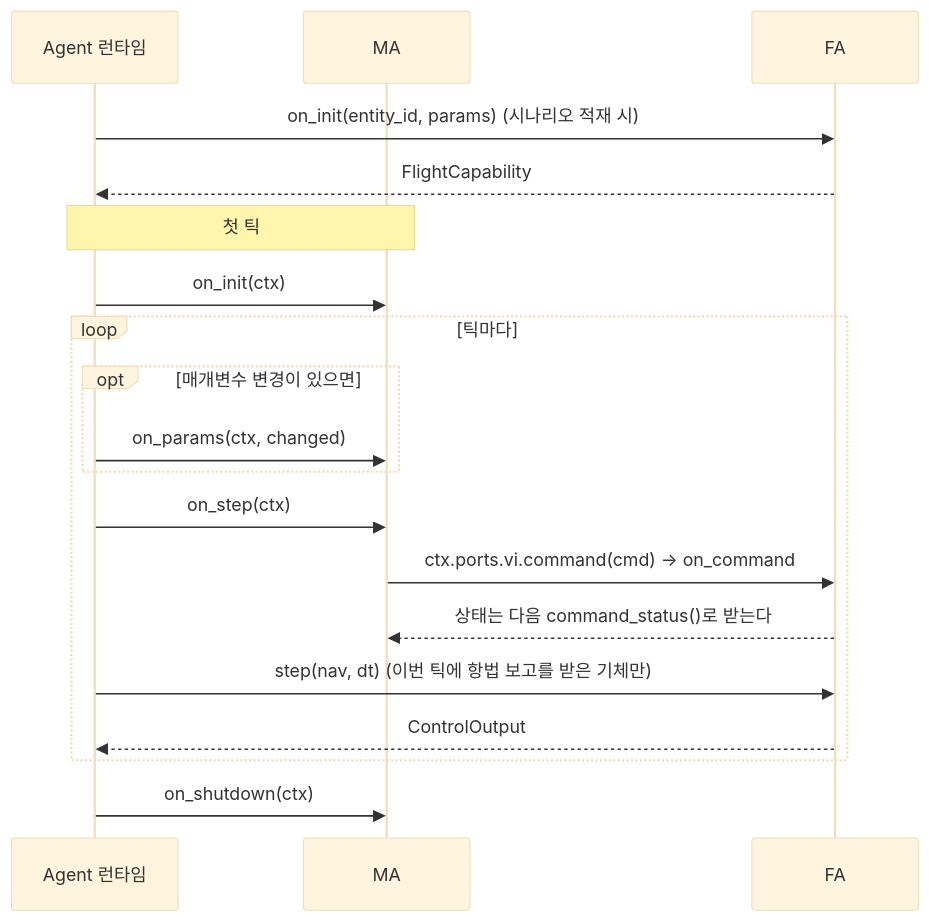
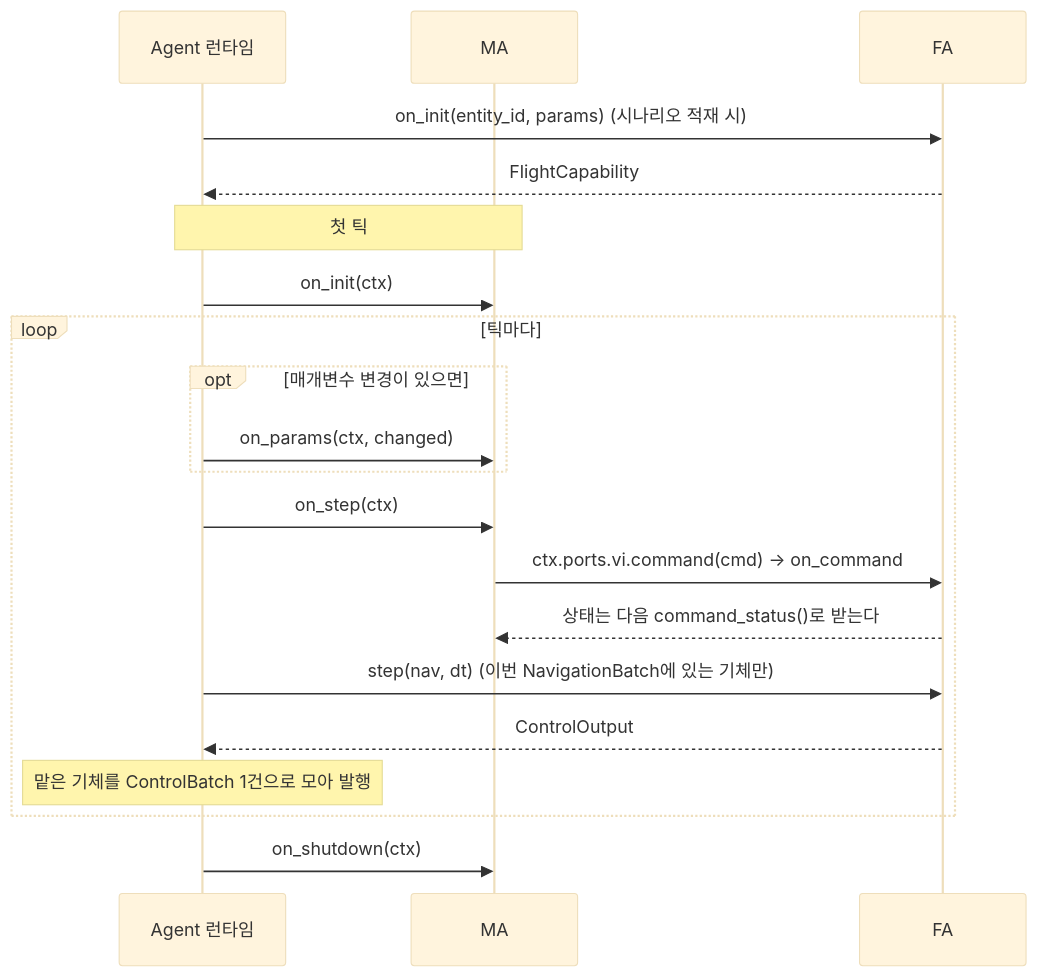
One commit to Kimbyung-wook/SwarmFlSim changed the second of 3 diagrams in docs/41_dev/04_ma_plugin.md. Above: the diagram before and after it, drawn with Mermaid (base theme). The commit also changed other lines of this file and 15 other files, not shown here.

````diff
--- a/docs/41_dev/04_ma_plugin.md
+++ b/docs/41_dev/04_ma_plugin.md
@@ -103,21 +103,22 @@
 ```mermaid
 sequenceDiagram
     participant R as Agent 런타임
     participant M as MA
     participant F as FA
     R->>F: on_init(entity_id, params) (시나리오 적재 시)
     F-->>R: FlightCapability
     Note over R,M: 첫 틱
     R->>M: on_init(ctx)
     loop 틱마다
         opt 매개변수 변경이 있으면
             R->>M: on_params(ctx, changed)
         end
         R->>M: on_step(ctx)
         M->>F: ctx.ports.vi.command(cmd) → on_command
         F-->>M: 상태는 다음 command_status()로 받는다
-        R->>F: step(nav, dt) (이번 틱에 항법 보고를 받은 기체만)
+        R->>F: step(nav, dt) (이번 NavigationBatch에 있는 기체만)
         F-->>R: ControlOutput
+        Note over R: 맡은 기체를 ControlBatch 1건으로 모아 발행
     end
     R->>M: on_shutdown(ctx)
 ```
````
